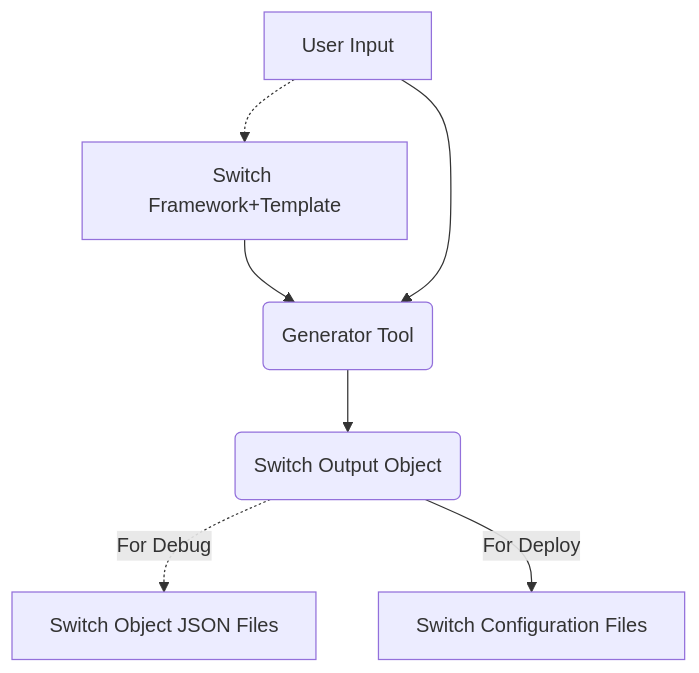
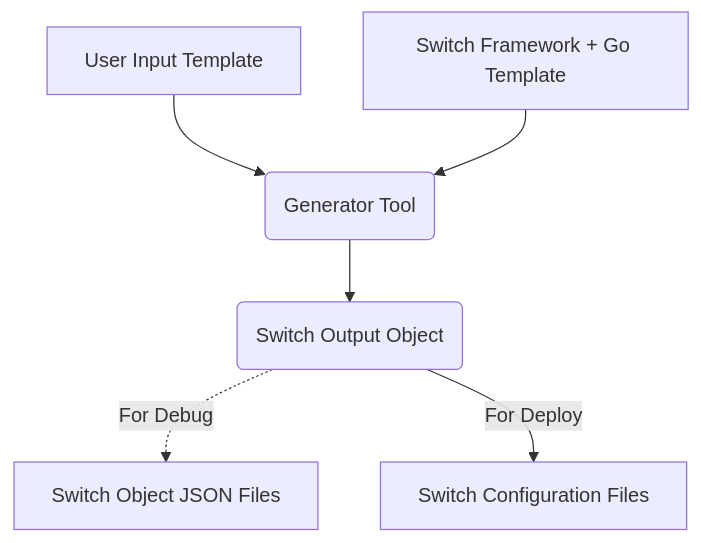
Before and after one commit to microsoft/AzureStack_Network_Switch_Config_Generator: the first of 3 diagrams in README.md, drawn with Mermaid. The commit also changed other lines of this file and 82 other files, not shown here.

````diff
--- a/README.md
+++ b/README.md
@@ -28,15 +33,14 @@
 ```mermaid
 flowchart TD
-    A[Switch Framework+Template]
-    B[User Input]
+    A[Switch Framework + Go Template]
+    B[User Input Template]
     C(Generator Tool)
     D(Switch Output Object)
     E[Switch Object JSON Files]
     F[Switch Configuration Files]
-    B -.-> A
+    B --> C
     A --> C
-    B --> C
     C --> D
     D -.-> |For Debug| E
     D --> |For Deploy| F
 ```
````
